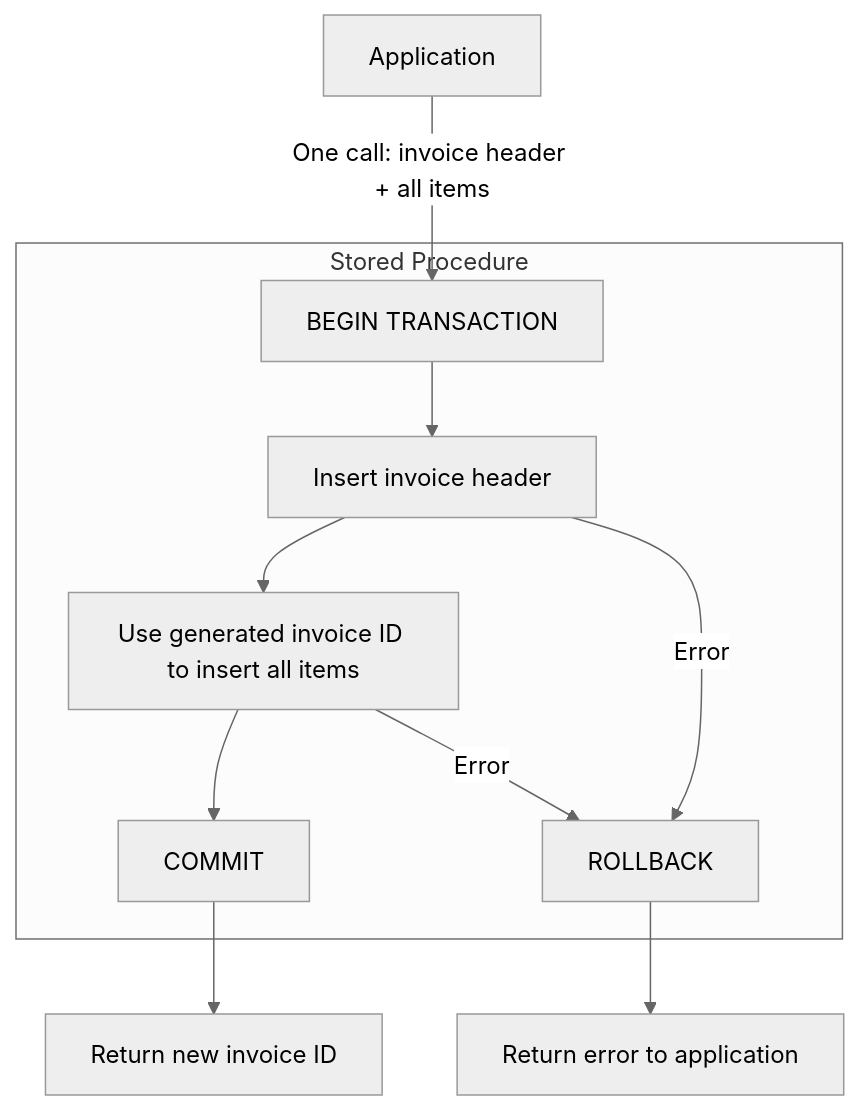
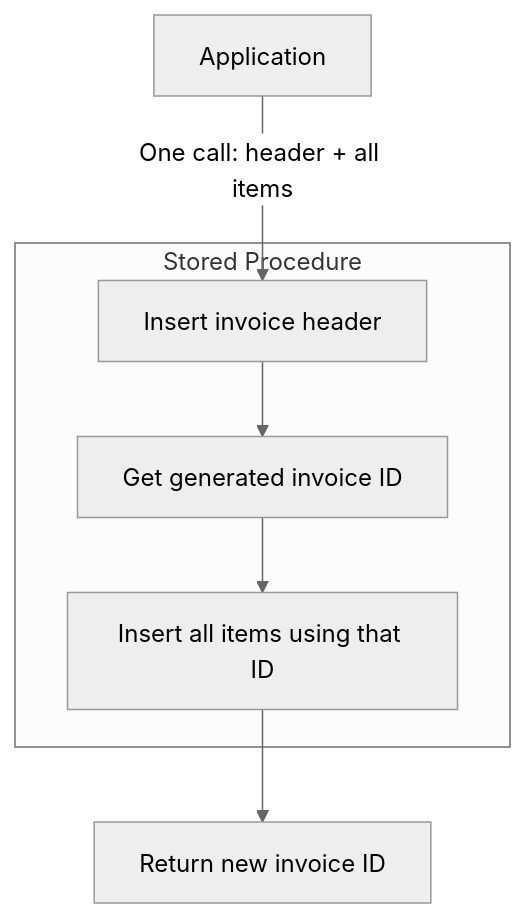
One commit to tjovic/database-design-labs-public changed the second of 5 diagrams in labs/lab08-complex-parameters.md. Above: the diagram before and after it, drawn with Mermaid (neutral theme). The commit also changed other lines of this file, not shown here.

````diff
--- a/labs/lab08-complex-parameters.md
+++ b/labs/lab08-complex-parameters.md
@@ -177,15 +180,9 @@
 ```mermaid
 flowchart TD
-    A["Application"] -->|"One call: invoice header + all items"| B
-
+    A["Application"] -->|"One call: header + all items"| B
     subgraph P["Stored Procedure"]
-        B["BEGIN TRANSACTION"] --> C["Insert invoice header"]
-        C --> D["Use generated invoice ID to insert all items"]
-        D --> E["COMMIT"]
-        C -->|"Error"| F["ROLLBACK"]
-        D -->|"Error"| F
+        B["Insert invoice header"] --> C["Get generated invoice ID"]
+        C --> D["Insert all items using that ID"]
     end
-
-    E --> G["Return new invoice ID"]
-    F --> H["Return error to application"]
+    D --> E["Return new invoice ID"]
 ```
````
